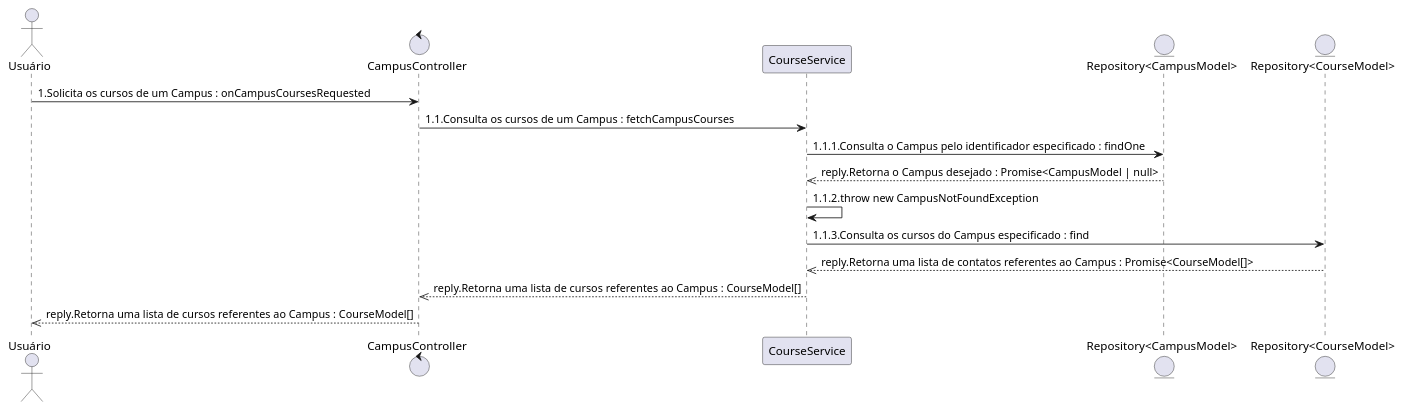
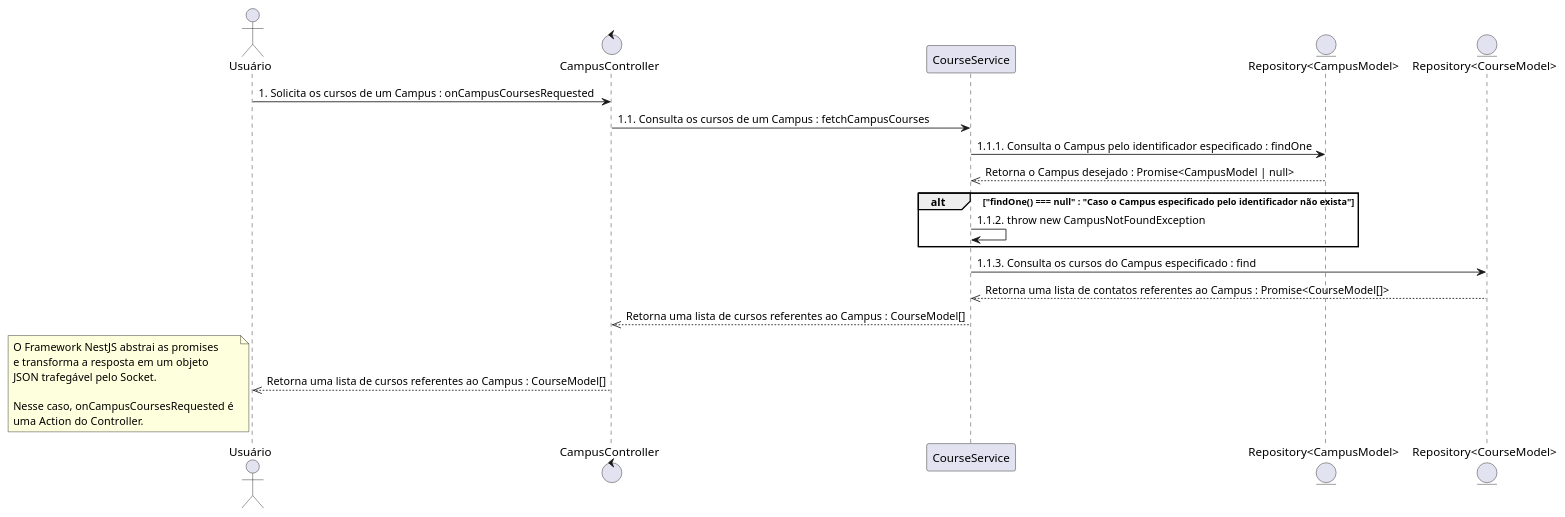
Before and after one commit to MurylloEx/Seja-UPE-Docs: the diagram in src/C1. Visão Geral/C2. Sistema/C3. Endpoints RESTful (Server)/C4. Visão de Processo/[PUML] Sequência - Obter Cursos do Campus.puml, drawn with PlantUML. The commit also changed 34 other files, not shown here.

Commit message:
:sparkles: feature: Added ALL C4 diagrams.

```diff
--- a/src/C1. Visão Geral/C2. Sistema/C3. Endpoints RESTful (Server)/C4. Visão de Processo/[PUML] Sequência - Obter Cursos do Campus.puml
+++ b/src/C1. Visão Geral/C2. Sistema/C3. Endpoints RESTful (Server)/C4. Visão de Processo/[PUML] Sequência - Obter Cursos do Campus.puml
@@ -1,19 +1,29 @@
-@startuml
+@startuml "Sequence Diagram"
 
-actor "Usuário"
-control "CampusController"
-participant "CourseService"
-entity "Repository<CampusModel>"
-entity "Repository<CourseModel>"
+actor "Usuário"                   as USER
+control "CampusController"        as CAMPUS_CONTROLLER
+participant "CourseService"       as COURSE_SERVICE
+entity "Repository<CampusModel>"  as CAMPUS_REPOSITORY
+entity "Repository<CourseModel>"  as COURSE_REPOSITORY
 
-"Usuário" -> "CampusController":1.Solicita os cursos de um Campus : onCampusCoursesRequested
-"CampusController" -> "CourseService":1.1.Consulta os cursos de um Campus : fetchCampusCourses
-"CourseService" -> "Repository<CampusModel>":1.1.1.Consulta o Campus pelo identificador especificado : findOne
-"Repository<CampusModel>" -->> "CourseService":reply.Retorna o Campus desejado : Promise<CampusModel | null>
-"CourseService" -> "CourseService":1.1.2.throw new CampusNotFoundException
-"CourseService" -> "Repository<CourseModel>":1.1.3.Consulta os cursos do Campus especificado : find
-"Repository<CourseModel>" -->> "CourseService":reply.Retorna uma lista de contatos referentes ao Campus : Promise<CourseModel[]>
-"CourseService" -->> "CampusController":reply.Retorna uma lista de cursos referentes ao Campus : CourseModel[]
-"CampusController" -->> "Usuário":reply.Retorna uma lista de cursos referentes ao Campus : CourseModel[]
+USER -> CAMPUS_CONTROLLER : 1. Solicita os cursos de um Campus : onCampusCoursesRequested
+CAMPUS_CONTROLLER -> COURSE_SERVICE : 1.1. Consulta os cursos de um Campus : fetchCampusCourses
+COURSE_SERVICE -> CAMPUS_REPOSITORY : 1.1.1. Consulta o Campus pelo identificador especificado : findOne
+CAMPUS_REPOSITORY -->> COURSE_SERVICE : Retorna o Campus desejado : Promise<CampusModel | null>
+alt "findOne() === null" : "Caso o Campus especificado pelo identificador não exista"
+  COURSE_SERVICE -> COURSE_SERVICE : 1.1.2. throw new CampusNotFoundException
+end
+COURSE_SERVICE -> COURSE_REPOSITORY : 1.1.3. Consulta os cursos do Campus especificado : find
+COURSE_REPOSITORY -->> COURSE_SERVICE : Retorna uma lista de contatos referentes ao Campus : Promise<CourseModel[]>
+COURSE_SERVICE -->> CAMPUS_CONTROLLER : Retorna uma lista de cursos referentes ao Campus : CourseModel[]
+CAMPUS_CONTROLLER -->> USER : Retorna uma lista de cursos referentes ao Campus : CourseModel[]
+note left
+  O Framework NestJS abstrai as promises 
+  e transforma a resposta em um objeto 
+  JSON trafegável pelo Socket. 
+
+  Nesse caso, onCampusCoursesRequested é 
+  uma Action do Controller.
+end note
 
 @enduml
```
